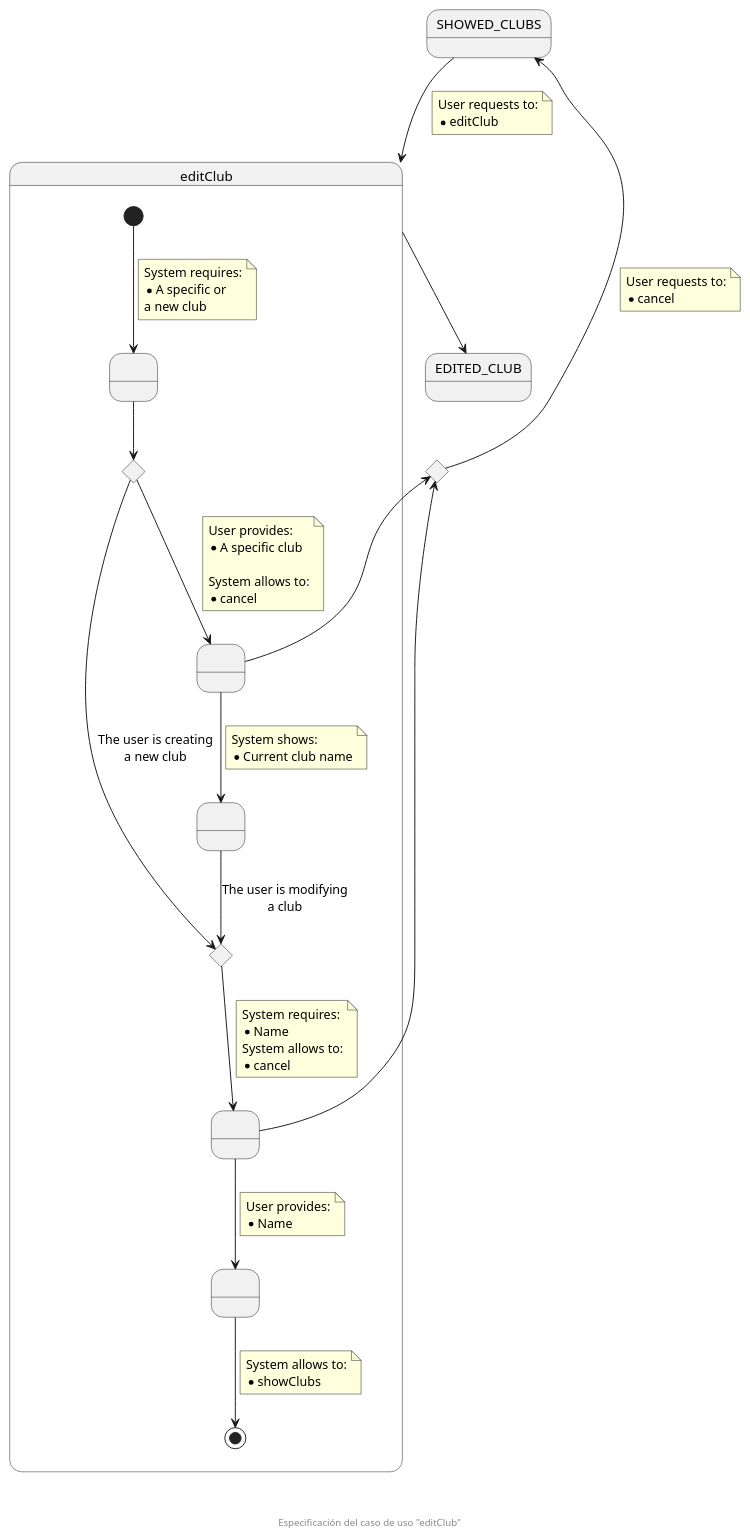
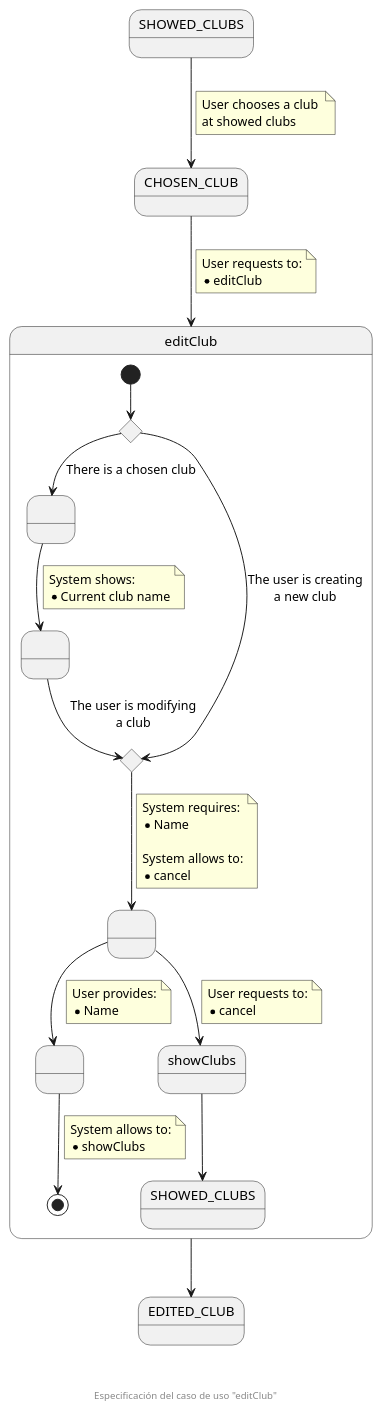
Before and after one commit to zuldare/mastercloud_pfm_halterocms: the diagram in documentation/diagrams/useCasesSpecification/organizationSecretary/06_editClub.puml, drawn with PlantUML.

Commit message:
Fix editClub use case specification

```diff
--- a/documentation/diagrams/useCasesSpecification/organizationSecretary/06_editClub.puml
+++ b/documentation/diagrams/useCasesSpecification/organizationSecretary/06_editClub.puml
@@ -1,71 +1,64 @@
 @startuml
 state SHOWED_CLUBS
-state enterCancelCHC <<choice>>
+state CHOSEN_CLUB
 state editClub {
-  state " " as pendingClub
   state createOrModifyCHC <<choice>>
   state " " as providedClub
   state " " as showedData
   state createOrModifyCHC2 <<choice>>
   state " " as pendingData
   state " " as providedData
-  [*] --> pendingClub
-  note on link
-    System requires:
-    * A specific or 
-    a new club
-  end note
-  pendingClub --> createOrModifyCHC
-  createOrModifyCHC --> providedClub
-  note on link
-    User provides:
-    * A specific club
-
-    System allows to:
-    * cancel
-  end note
- createOrModifyCHC --> createOrModifyCHC2 : The user is creating\na new club
+  [*] --> createOrModifyCHC
+  createOrModifyCHC --> providedClub : There is a chosen club
+  createOrModifyCHC --> createOrModifyCHC2 : The user is creating\na new club
   providedClub --> showedData
   note on link
     System shows:
     * Current club name
   end note
   showedData --> createOrModifyCHC2 : The user is modifying\na club
   createOrModifyCHC2 --> pendingData
   note on link
     System requires:
     * Name
+
     System allows to:
     * cancel
   end note
-  pendingData -u-> enterCancelCHC
-  pendingData --> providedData
+  pendingData --> showClubs
+  note on link
+    User requests to:
+    * cancel
+  end note
+  showClubs --> SHOWED_CLUBS_F
+  pendingData --> providedData 
   note on link
     User provides:
     * Name
   end note
-  providedClub -u-> enterCancelCHC
   providedData --> [*]
   note on link
     System allows to:
     * showClubs
   end note
 }
 state EDITED_CLUB
+state showClubs
+state "SHOWED_CLUBS" as SHOWED_CLUBS_F
 
-SHOWED_CLUBS -d-> editClub
+SHOWED_CLUBS --> CHOSEN_CLUB
+note on link
+  User chooses a club 
+  at showed clubs
+end note
+
+CHOSEN_CLUB --> editClub
 note on link
   User requests to:
   * editClub
 end note
 
-editClub -d-> EDITED_CLUB
-
-enterCancelCHC -u-> SHOWED_CLUBS
-note on link
-  User requests to:
-  * cancel
-end note
+editClub --> EDITED_CLUB
 
 footer \n\n\n Especificación del caso de uso "editClub"
 @enduml
```
